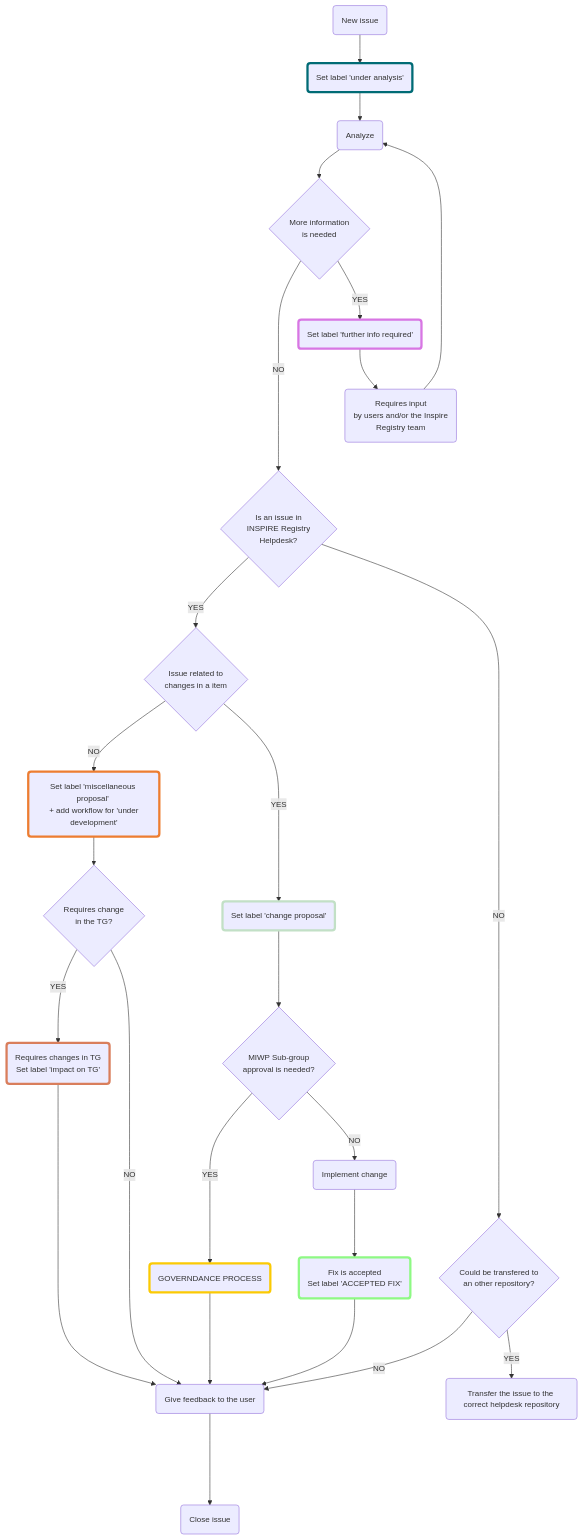
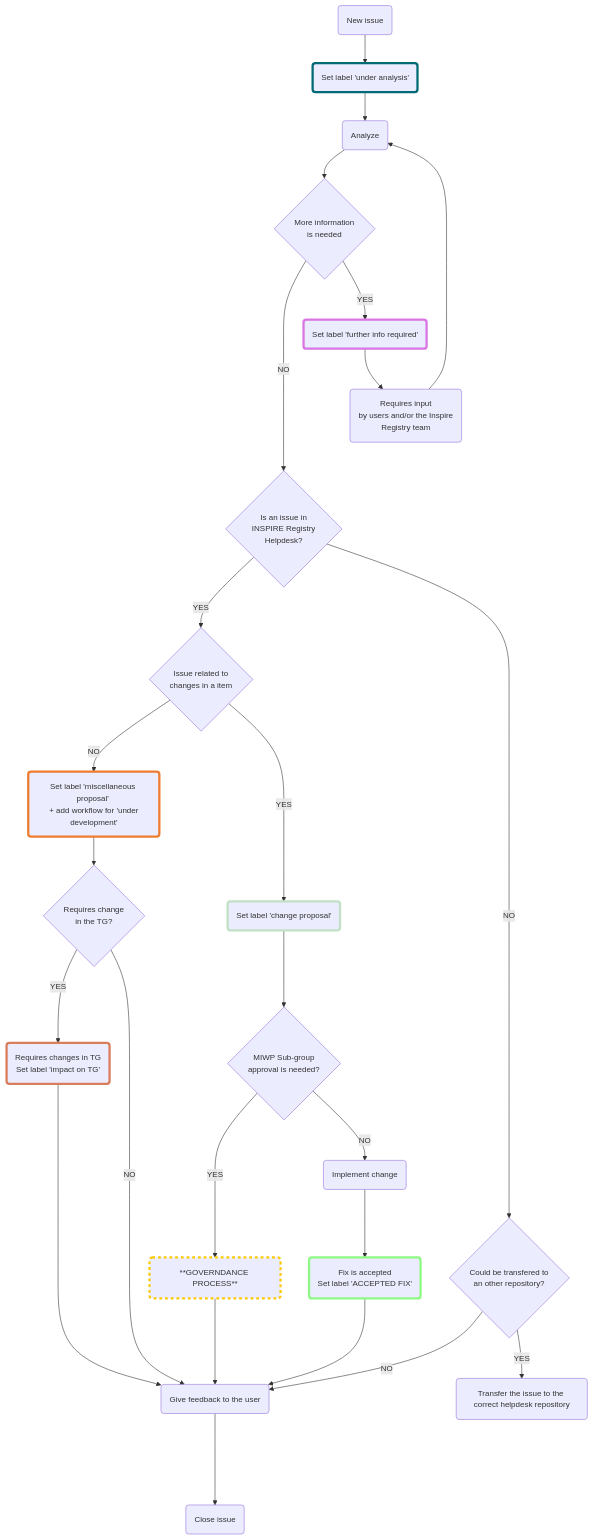
One commit to INSPIRE-MIF/helpdesk-registry changed the diagram in helpdesk-management/README.md. Above: the diagram before and after it, drawn with Mermaid. The commit also changed other lines of this file, not shown here.

```diff
--- a/helpdesk-management/README.md
+++ b/helpdesk-management/README.md
@@ -111,8 +106,8 @@
     %% style labelUnderScrut stroke-width:4px, stroke: #fbca04
 
     %% SET LABEL UNDER SCRUTINY (SUBMITTED-VALID) [NODE]
-    labelGovernanceProcess("GOVERNDANCE PROCESS")
-    style labelGovernanceProcess stroke-width:4px, stroke: #fbca04
+    labelGovernanceProcess("**GOVERNDANCE PROCESS**")
+    style labelGovernanceProcess stroke-width:4px, stroke: #fbca04, stroke-dasharray: 5 5
 
     %% IMPLEMENT THE CHANGES / ACCEPT... [NODE]
     %% implementChanges("Implement the changes / accept \n actions by control body. \n Give feedback in the issue \n about the status of the process")
```
